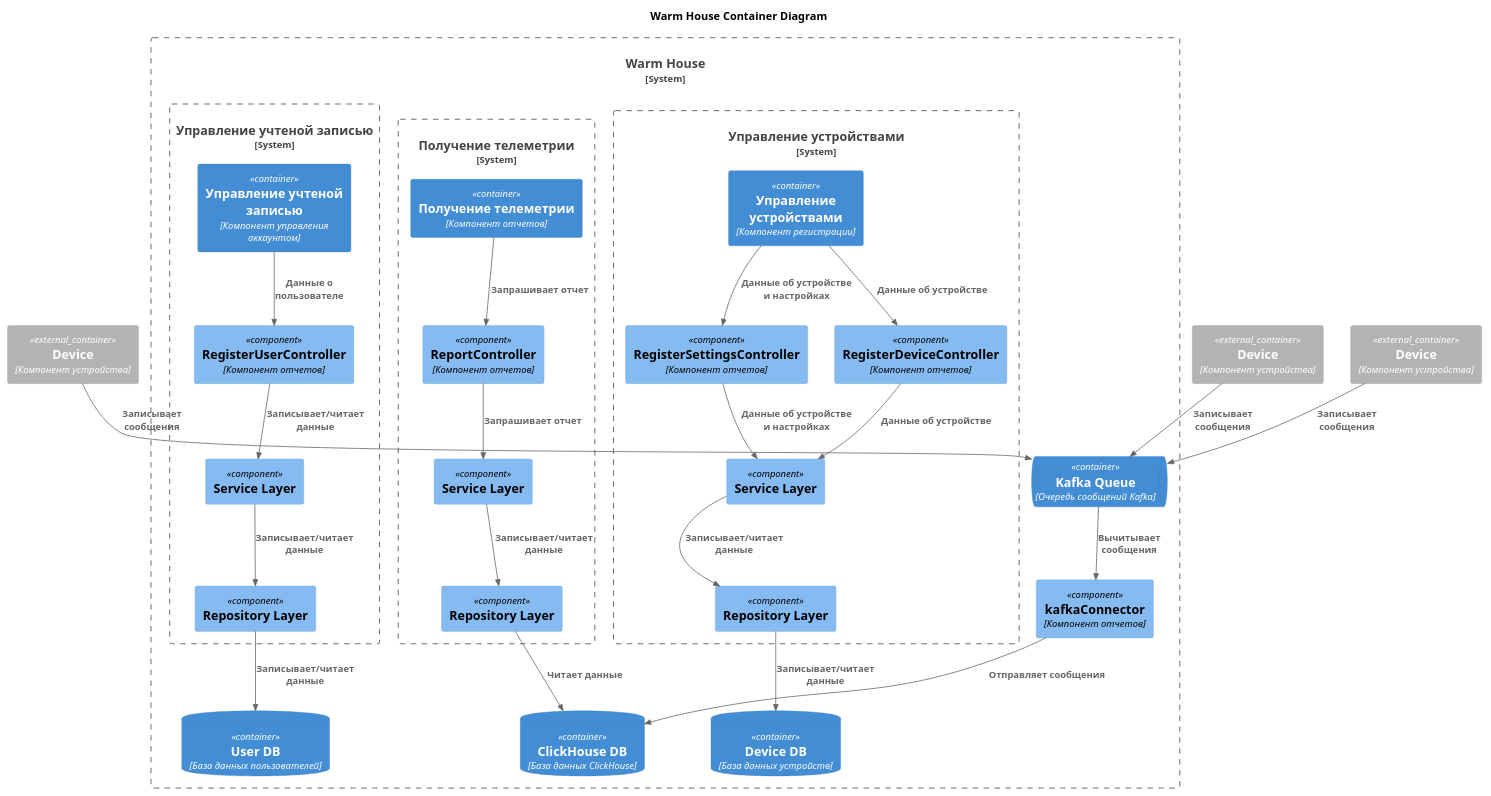
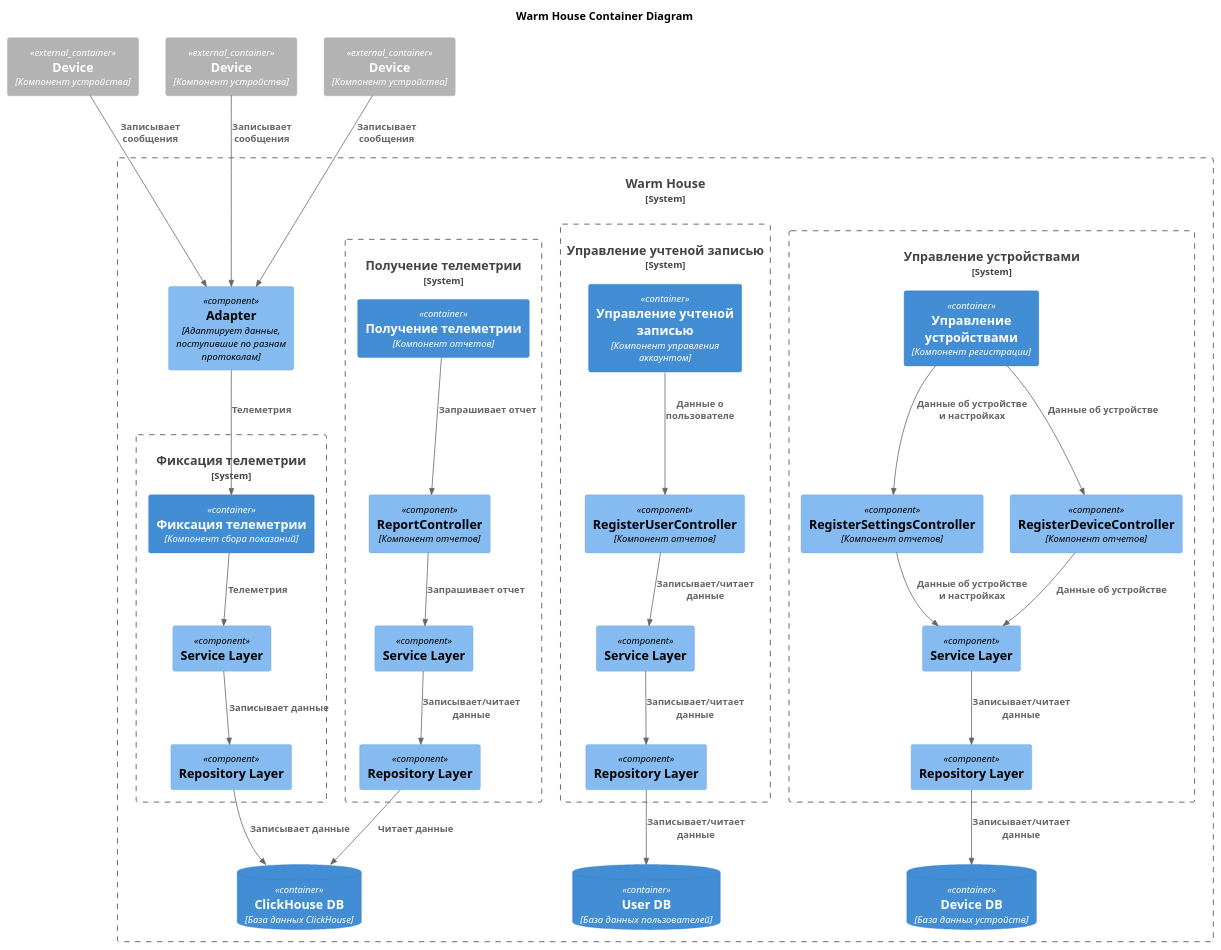
Before and after one commit to EkaterinaKl/architecture-sprint-3: the diagram in diagrams/C4_Component_TO_BE.puml, drawn with PlantUML. The commit also changed 5 other files, not shown here.

```diff
--- a/diagrams/C4_Component_TO_BE.puml
+++ b/diagrams/C4_Component_TO_BE.puml
@@ -1,73 +1,79 @@
 @startuml
 title Warm House Container Diagram
 
 top to bottom direction
 
 !includeurl https://raw.githubusercontent.com/RicardoNiepel/C4-PlantUML/master/C4_Component.puml
 
 Container_Ext(device1, "Device", "Компонент устройства")
 Container_Ext(device2, "Device", "Компонент устройства")
 Container_Ext(device3, "Device", "Компонент устройства")
 System_Boundary(c0, "Warm House") {
 System_Boundary(c1, "Управление устройствами") {
 Container(registration, "Управление устройствами", "Компонент регистрации")
 Component(settingsCtrl, "RegisterSettingsController", "Компонент отчетов")
 Component(registerDeviceCtrl, "RegisterDeviceController", "Компонент отчетов")
 Component(serviceLayer2, "Service Layer")
 Component(repository2, "Repository Layer")
 }
 System_Boundary(c2, "Управление учтеной записью") {
 Container(account, "Управление учтеной записью", "Компонент управления аккаунтом")
 Component(registerUserCtrl, "RegisterUserController", "Компонент отчетов")
 Component(serviceLayer1, "Service Layer")
 Component(repository1, "Repository Layer")
 }
 
 System_Boundary(c3, "Получение телеметрии") {
 Container(reportComponent, "Получение телеметрии", "Компонент отчетов")
 Component(reportCtrl, "ReportController", "Компонент отчетов")
 Component(serviceLayer3, "Service Layer")
 Component(repository3, "Repository Layer")
 
 }
 
-ContainerQueue(kafkaQueue, "Kafka Queue", "Очередь сообщений Kafka")
+Component(Adapter, "Adapter", "Адаптирует данные, поступившие по разнам протоколам")
+System_Boundary(c4, "Фиксация телеметрии") {
+Container(recordComponent, "Фиксация телеметрии", "Компонент сбора показаний")
+Component(serviceLayer4, "Service Layer")
+Component(repository4, "Repository Layer")
 
-Component(kafkaConnector, "kafkaConnector", "Компонент отчетов")
+}
+
 ContainerDb(clickhouseDB, "ClickHouse DB", "База данных ClickHouse")
 ContainerDb(userDB, "User DB", "База данных пользователей")
 
 
 ContainerDb(deviceDB, "Device DB", "База данных устройств")
 }
 
 Rel(serviceLayer1, repository1, "Записывает/читает данные")
 Rel(repository1, userDB, "Записывает/читает данные")
 Rel(serviceLayer2, repository2, "Записывает/читает данные")
 Rel(serviceLayer3, repository3, "Записывает/читает данные")
+Rel(serviceLayer4, repository4, "Записывает данные")
 
 Rel(repository2, deviceDB, "Записывает/читает данные")
 Rel(repository3, clickhouseDB, "Читает данные")
-
-Rel( registerUserCtrl, serviceLayer1,"Записывает/читает данные")
-Rel( registerDeviceCtrl, serviceLayer2,"Данные об устройстве")
-Rel( settingsCtrl,serviceLayer2, "Данные об устройстве и настройках")
-Rel( reportCtrl, serviceLayer3,"Запрашивает отчет")
+Rel(repository4, clickhouseDB, "Записывает данные")
+Rel(registerUserCtrl, serviceLayer1,"Записывает/читает данные")
+Rel(registerDeviceCtrl, serviceLayer2,"Данные об устройстве")
+Rel(recordComponent, serviceLayer4,"Телеметрия")
+Rel(Adapter, recordComponent,"Телеметрия")
+Rel(settingsCtrl,serviceLayer2, "Данные об устройстве и настройках")
+Rel(reportCtrl, serviceLayer3,"Запрашивает отчет")
 
 
-Rel(device1, kafkaQueue, "Записывает сообщения")
-Rel(device2, kafkaQueue, "Записывает сообщения")
-Rel(device3, kafkaQueue, "Записывает сообщения")
-Rel(kafkaConnector, clickhouseDB, "Отправляет сообщения")
-Rel(kafkaQueue, kafkaConnector, "Вычитывает сообщения")
+Rel(device1, Adapter, "Записывает сообщения")
+Rel(device2, Adapter, "Записывает сообщения")
+Rel(device3, Adapter, "Записывает сообщения")
 
 Rel(reportComponent, reportCtrl, "Запрашивает отчет")
 
 Rel(registration, registerDeviceCtrl,  "Данные об устройстве")
 
 Rel(account, registerUserCtrl, "Данные о пользователе")
 
 Rel(registration, settingsCtrl, "Данные об устройстве и настройках")
 
 
 @enduml
```
